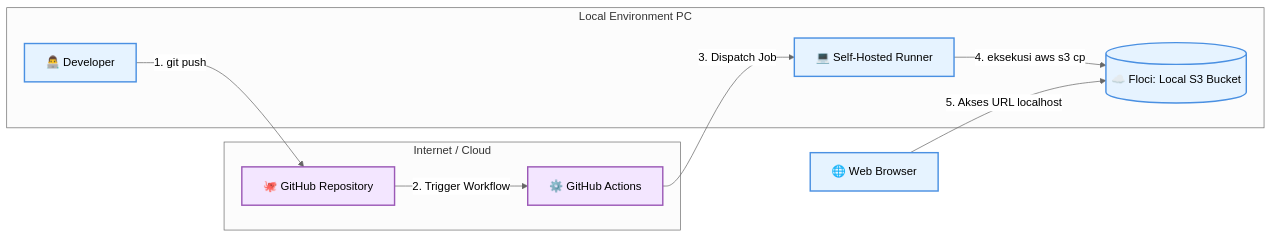
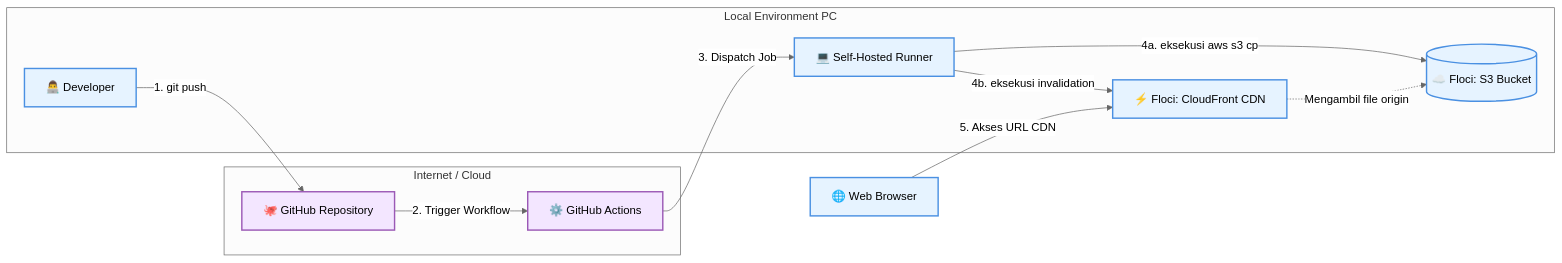
One commit to saintbobi/local-aws-s3-deployment changed the diagram in README.md. Above: the diagram before and after it, drawn with Mermaid (neutral theme). The commit also changed other lines of this file, not shown here.

Commit message:
docs: memperbarui diagram arsitektur dengan CloudFront CDN
Updated system architecture diagram and added CDN configuration details.

````diff
--- a/README.md
+++ b/README.md
@@ -81,26 +81,29 @@
 ```mermaid
 graph LR
-    subgraph Internet / Cloud
-        B[🐙 GitHub Repository]
-        C[⚙️ GitHub Actions]
-    end
+subgraph Internet / Cloud
+B[🐙 GitHub Repository]
+C[⚙️ GitHub Actions]
+end
 
-    subgraph Local Environment PC
-        A[👨‍💻 Developer]
-        D[💻 Self-Hosted Runner]
-        E[(☁️ Floci: Local S3 Bucket)]
-    end
-    
-    F[🌐 Web Browser]
+  subgraph Local Environment PC
+      A[👨‍💻 Developer]
+      D[💻 Self-Hosted Runner]
+      E[(☁️ Floci: S3 Bucket)]
+      G[⚡ Floci: CloudFront CDN]
+  end
+  
+  F[🌐 Web Browser]
 
-    A -->|1. git push| B
-    B -->|2. Trigger Workflow| C
-    C -->|3. Dispatch Job| D
-    D -->|4. eksekusi aws s3 cp| E
-    F -->|5. Akses URL localhost| E
-    
-    classDef local fill:#e6f3ff,stroke:#4a90e2,stroke-width:2px;
-    classDef cloud fill:#f3e6ff,stroke:#9b59b6,stroke-width:2px;
-    class A,D,E,F local;
-    class B,C cloud;
+  A -->|1. git push| B
+  B -->|2. Trigger Workflow| C
+  C -->|3. Dispatch Job| D
+  D -->|4a. eksekusi aws s3 cp| E
+  D -->|4b. eksekusi invalidation| G
+  F -->|5. Akses URL CDN| G
+  G -.->|Mengambil file origin| E
+  
+  classDef local fill:#e6f3ff,stroke:#4a90e2,stroke-width:2px;
+  classDef cloud fill:#f3e6ff,stroke:#9b59b6,stroke-width:2px;
+  class A,D,E,F,G local;
+  class B,C cloud;
 ```
````
